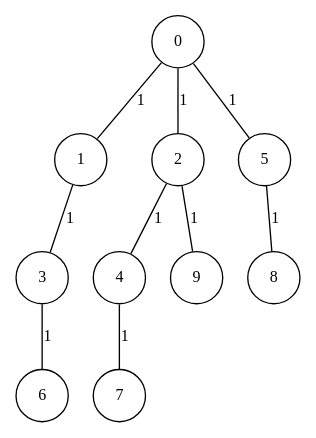
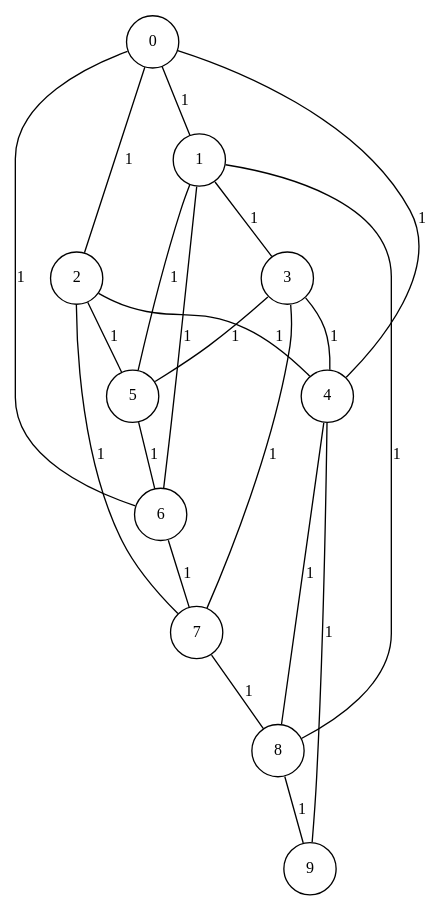
One commit to cardosodg/setcover-grasp changed the diagram in GraphGenerator/input/instGraph_10_0.txt.dot. Above: the diagram before and after it, drawn with Graphviz. The commit also changed 602 other files, not shown here.

```diff
--- a/GraphGenerator/input/instGraph_10_0.txt.dot
+++ b/GraphGenerator/input/instGraph_10_0.txt.dot
@@ -1,29 +1,40 @@
 graph G {
 size="8.5,11;"
 ratio = "expand;"
 fixedsize="true;"
 overlap="scale;"
 node[shape=circle,width=.12,hight=.12,fontsize=12]
 edge[fontsize=12]
 
-0[label=" 0" color=black, pos="0.67547598,0.48193582!"];
-1[label=" 1" color=black, pos="2.7120873,1.6218228!"];
-2[label=" 2" color=black, pos="1.4139837,1.6739365!"];
-3[label=" 3" color=black, pos="0.34711587,2.6091059!"];
-4[label=" 4" color=black, pos="2.7307293,0.74043844!"];
-5[label=" 5" color=black, pos="2.9209144,1.6531303!"];
-6[label=" 6" color=black, pos="2.532441,0.26049694!"];
-7[label=" 7" color=black, pos="2.6861249,0.11127563!"];
-8[label=" 8" color=black, pos="2.5766905,1.6665566!"];
-9[label=" 9" color=black, pos="2.7757672,2.3296421!"];
+0[label=" 0" color=black, pos="2.3616009,0.59321146!"];
+1[label=" 1" color=black, pos="2.2887778,0.28837941!"];
+2[label=" 2" color=black, pos="0.18975098,1.0035786!"];
+3[label=" 3" color=black, pos="1.3314791,1.436497!"];
+4[label=" 4" color=black, pos="2.9189304,0.6990754!"];
+5[label=" 5" color=black, pos="1.6857858,2.7742735!"];
+6[label=" 6" color=black, pos="2.9162729,2.2035482!"];
+7[label=" 7" color=black, pos="1.548042,0.90493247!"];
+8[label=" 8" color=black, pos="0.87397897,0.57619955!"];
+9[label=" 9" color=black, pos="1.2739112,2.4923988!"];
 0--1[label="1"]
 0--2[label="1"]
-0--5[label="1"]
+0--4[label="1"]
+0--6[label="1"]
 1--3[label="1"]
+1--5[label="1"]
+1--6[label="1"]
+1--8[label="1"]
 2--4[label="1"]
-2--9[label="1"]
-3--6[label="1"]
-4--7[label="1"]
-5--8[label="1"]
+2--5[label="1"]
+2--7[label="1"]
+3--4[label="1"]
+3--5[label="1"]
+3--7[label="1"]
+4--8[label="1"]
+4--9[label="1"]
+5--6[label="1"]
+6--7[label="1"]
+7--8[label="1"]
+8--9[label="1"]
 
 }
```
